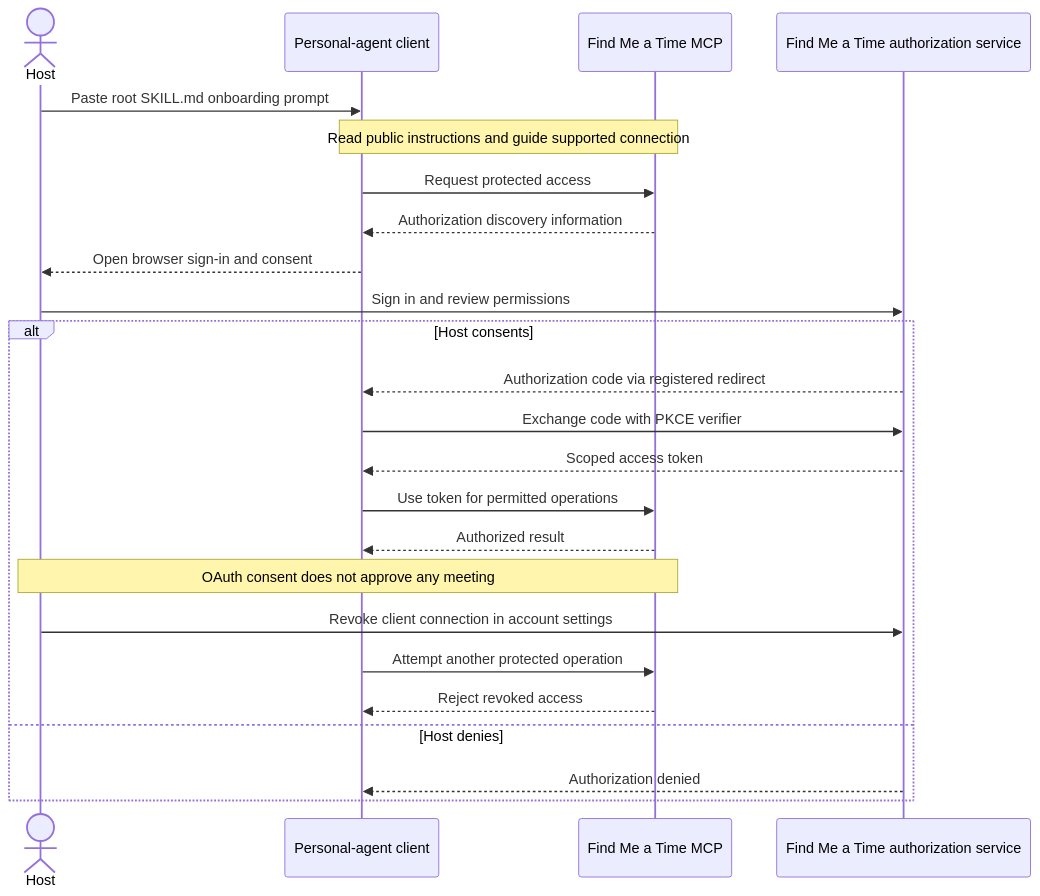
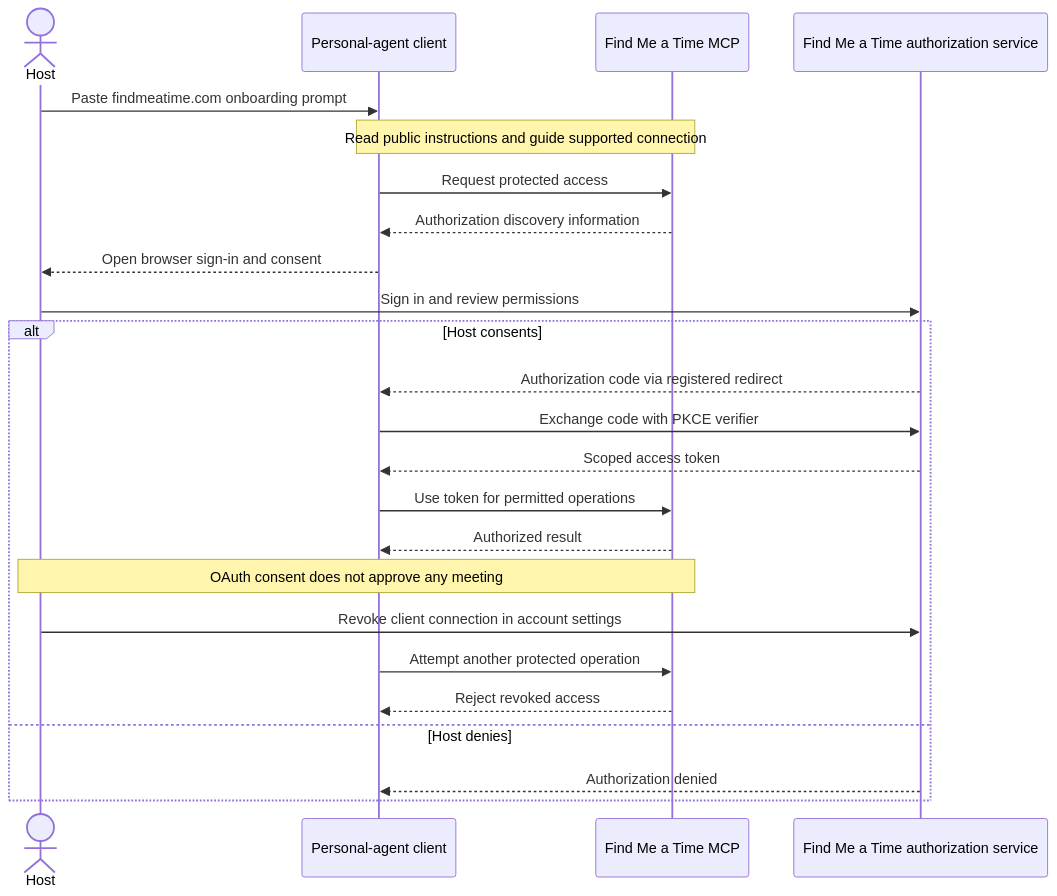
Before and after one commit to snuhcs-course/swpp-2026-project-team-01: the fourth of 4 diagrams in documentations/user_experience/01_user_journeys.md, drawn with Mermaid. The commit also changed other lines of this file and 426 other files, not shown here.

````diff
--- a/documentations/user_experience/01_user_journeys.md
+++ b/documentations/user_experience/01_user_journeys.md
@@ -254,26 +261,26 @@
 ```mermaid
 sequenceDiagram
     actor H as Host
     participant A as Personal-agent client
     participant M as Find Me a Time MCP
     participant O as Find Me a Time authorization service
-    H->>A: Paste root SKILL.md onboarding prompt
+    H->>A: Paste findmeatime.com onboarding prompt
     Note over A,M: Read public instructions and guide supported connection
     A->>M: Request protected access
     M-->>A: Authorization discovery information
     A-->>H: Open browser sign-in and consent
     H->>O: Sign in and review permissions
     alt Host consents
         O-->>A: Authorization code via registered redirect
         A->>O: Exchange code with PKCE verifier
         O-->>A: Scoped access token
         A->>M: Use token for permitted operations
         M-->>A: Authorized result
         Note over H,M: OAuth consent does not approve any meeting
         H->>O: Revoke client connection in account settings
         A->>M: Attempt another protected operation
         M-->>A: Reject revoked access
     else Host denies
         O-->>A: Authorization denied
     end
 ```
````
